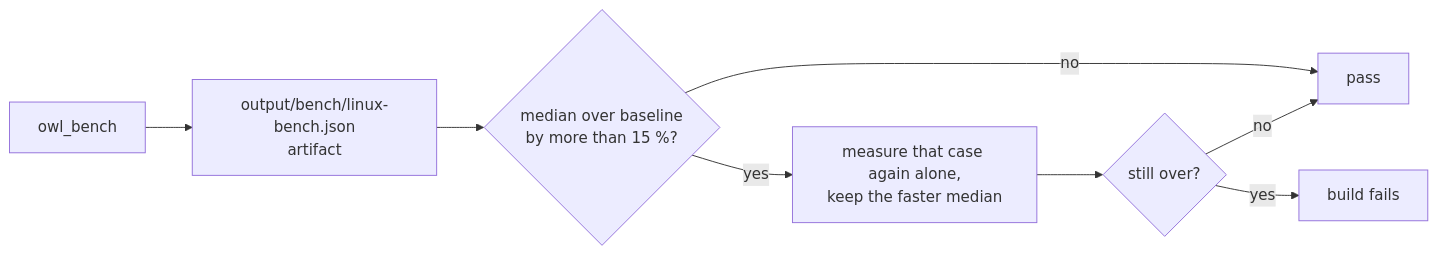
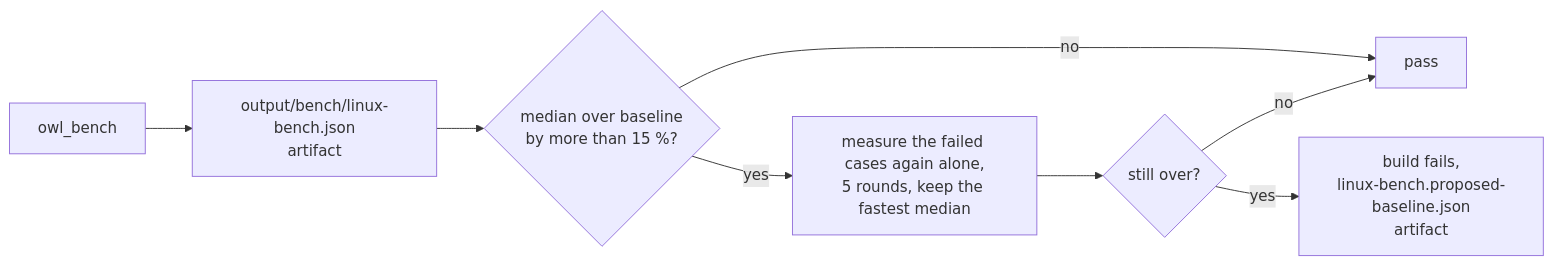
One commit to Silmaen/Owl changed the diagram in test/bench/README.md. Above: the diagram before and after it, drawn with Mermaid. The commit also changed other lines of this file and 66 other files, not shown here.

````diff
--- a/test/bench/README.md
+++ b/test/bench/README.md
@@ -59,10 +59,10 @@
 ```mermaid
 flowchart LR
     B[owl_bench] --> J[output/bench/linux-bench.json<br/>artifact]
     J --> C{median over baseline<br/>by more than 15 %?}
     C -->|no| OK[pass]
-    C -->|yes| A[measure that case again alone,<br/>keep the faster median]
+    C -->|yes| A[measure the failed cases again alone,<br/>5 rounds, keep the fastest median]
     A --> C2{still over?}
     C2 -->|no| OK
-    C2 -->|yes| F[build fails]
+    C2 -->|yes| F[build fails,<br/>linux-bench.proposed-baseline.json<br/>artifact]
 ```
````
